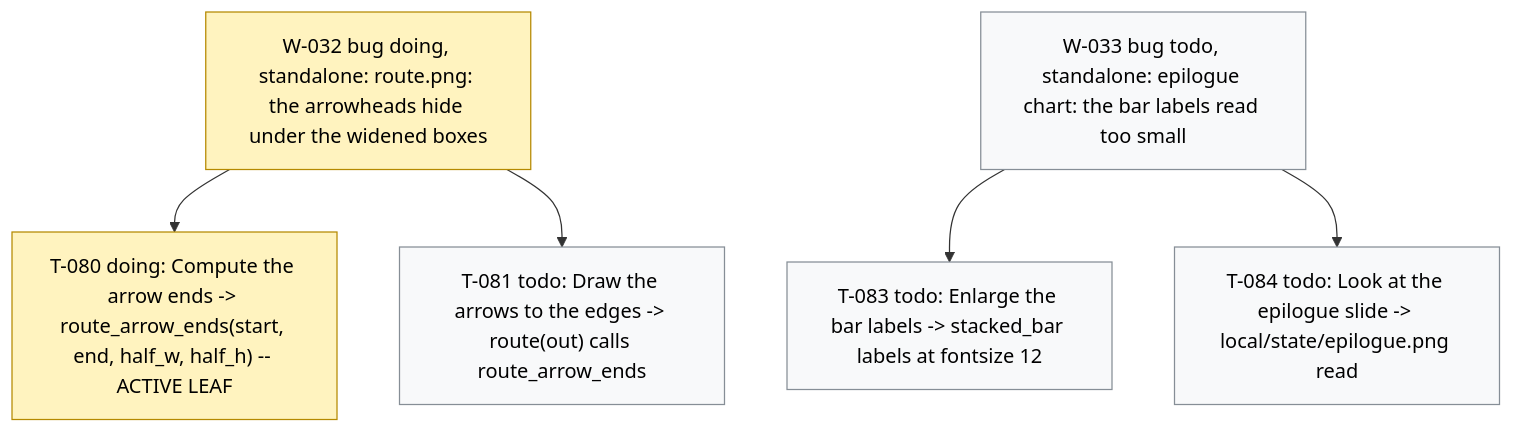
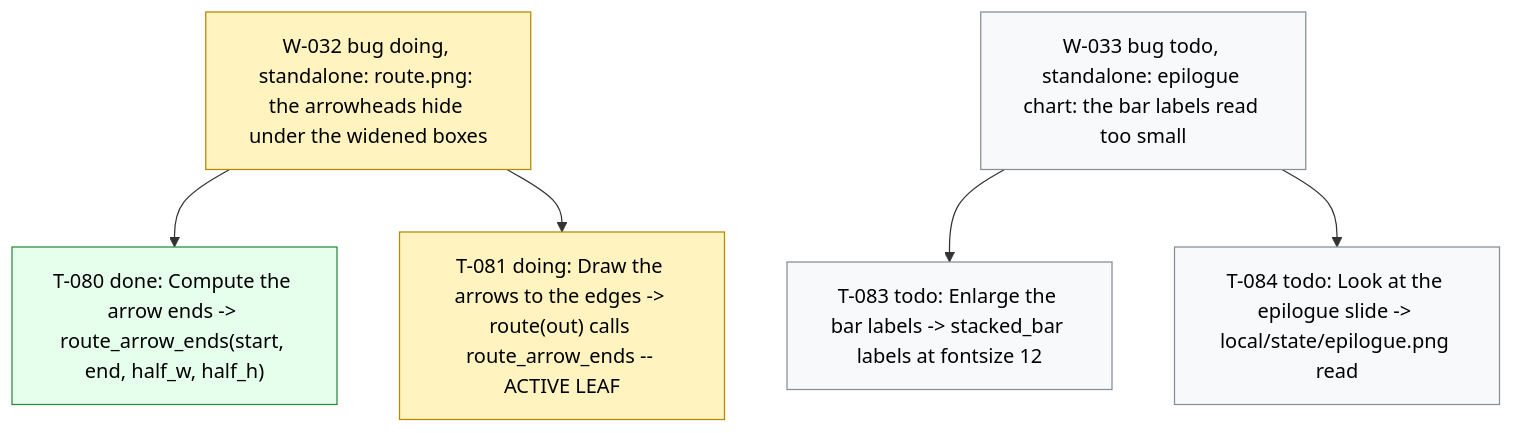
The diagram in .board/BOARD.md (dpopchev/chaos-to-simple), drawn with Mermaid before and after one commit. The commit also changed other lines of this file and 2 other files, not shown here.

Commit message:
chore(board): close T-080, start T-081
Refs: W-032 T-080 T-081

````diff
--- a/.board/BOARD.md
+++ b/.board/BOARD.md
@@ -214,16 +214,17 @@
 ```mermaid
 flowchart TD
   W032["W-032 bug doing, standalone: route.png: the arrowheads hide under the widened boxes"]
-  W032 --> T080["T-080 doing: Compute the arrow ends -> route_arrow_ends(start, end, half_w, half_h) -- ACTIVE LEAF"]
-  W032 --> T081["T-081 todo: Draw the arrows to the edges -> route(out) calls route_arrow_ends"]
+  W032 --> T080["T-080 done: Compute the arrow ends -> route_arrow_ends(start, end, half_w, half_h)"]
+  W032 --> T081["T-081 doing: Draw the arrows to the edges -> route(out) calls route_arrow_ends -- ACTIVE LEAF"]
   W033["W-033 bug todo, standalone: epilogue chart: the bar labels read too small"]
   W033 --> T083["T-083 todo: Enlarge the bar labels -> stacked_bar labels at fontsize 12"]
   W033 --> T084["T-084 todo: Look at the epilogue slide -> local/state/epilogue.png read"]
   classDef doing fill:#fff3bf,stroke:#b58900,color:#000;
   classDef blocked fill:#ffe3e3,stroke:#c92a2a,color:#000;
   classDef done fill:#e6ffed,stroke:#2b8a3e,color:#000;
   classDef todo fill:#f8f9fa,stroke:#868e96,color:#000;
   classDef pruned fill:#f1f3f5,stroke:#adb5bd,color:#000;
-  class W032,T080 doing
-  class T081,W033,T083,T084 todo
+  class W032,T081 doing
+  class T080 done
+  class W033,T083,T084 todo
 ```
````
